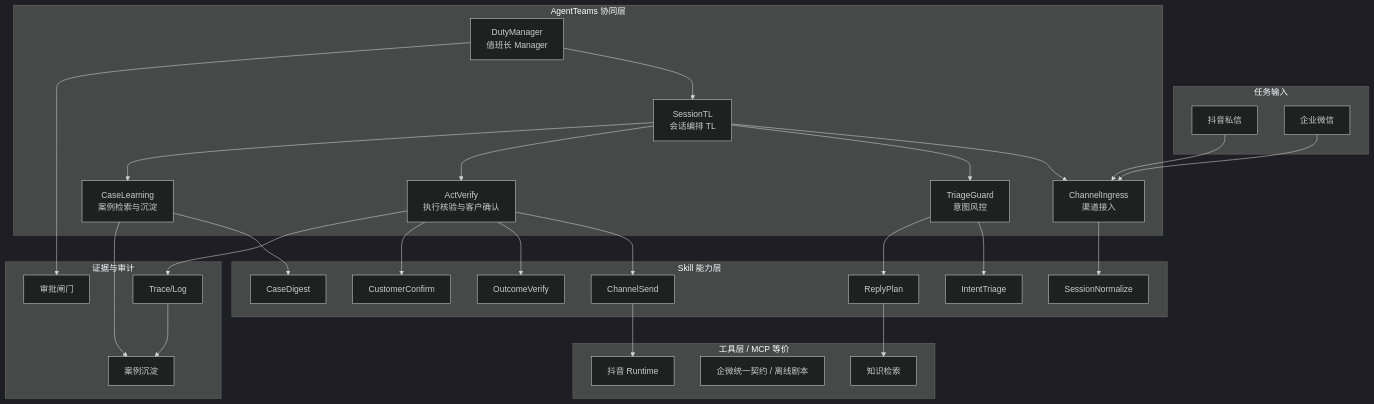
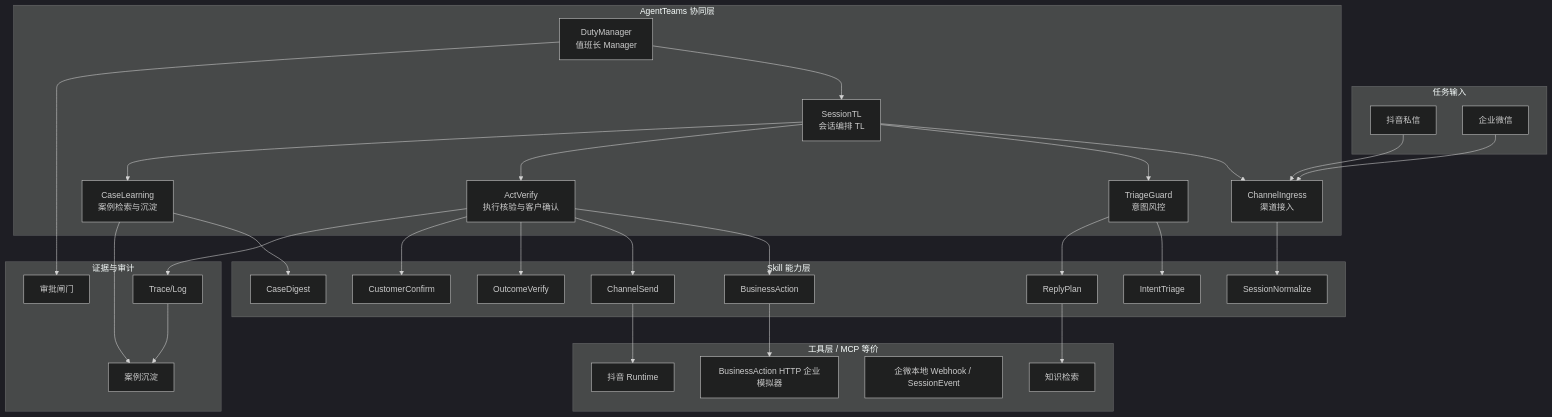
The diagram in docs/02_方案PPT大纲.md (icebreak119/AgentDesk), drawn with Mermaid (dark theme) before and after one commit. The commit also changed other lines of this file and 70 other files, not shown here.

````diff
--- a/docs/02_方案PPT大纲.md
+++ b/docs/02_方案PPT大纲.md
@@ -22,53 +22,56 @@
 ```mermaid
 flowchart TB
     subgraph Input["任务输入"]
         A1[抖音私信]
         A2[企业微信]
     end
 
     subgraph AgentTeams["AgentTeams 协同层"]
         M[DutyManager<br/>值班长 Manager]
         TL[SessionTL<br/>会话编排 TL]
         W1[ChannelIngress<br/>渠道接入]
         W2[TriageGuard<br/>意图风控]
         W3[ActVerify<br/>执行核验与客户确认]
         W4[CaseLearning<br/>案例检索与沉淀]
     end
 
     subgraph Skills["Skill 能力层"]
         S1[SessionNormalize]
         S2[IntentTriage]
         S3[ReplyPlan]
-        S4[ChannelSend]
-        S5[OutcomeVerify]
-        S6[CustomerConfirm]
-        S7[CaseDigest]
+        S4[BusinessAction]
+        S5[ChannelSend]
+        S6[OutcomeVerify]
+        S7[CustomerConfirm]
+        S8[CaseDigest]
     end
 
     subgraph Tools["工具层 / MCP 等价"]
         T1[抖音 Runtime]
-        T2[企微统一契约 / 离线剧本]
-        T3[知识检索]
+        T2[BusinessAction HTTP 企业模拟器]
+        T3[企微本地 Webhook / SessionEvent]
+        T4[知识检索]
     end
 
     subgraph Evidence["证据与审计"]
         E1[Trace/Log]
         E2[审批闸门]
         E3[案例沉淀]
     end
 
     A1 --> W1
     A2 --> W1
     M --> TL
     TL --> W1 & W2 & W3 & W4
     W1 --> S1
     W2 --> S2 & S3
-    W3 --> S4 & S5 & S6
-    W4 --> S7
-    S4 --> T1
-    S3 --> T3
+    W3 --> S4 & S5 & S6 & S7
+    W4 --> S8
+    S4 --> T2
+    S5 --> T1
+    S3 --> T4
     W3 --> E1
     M --> E2
     W4 --> E3
     E1 --> E3
 ```
````
